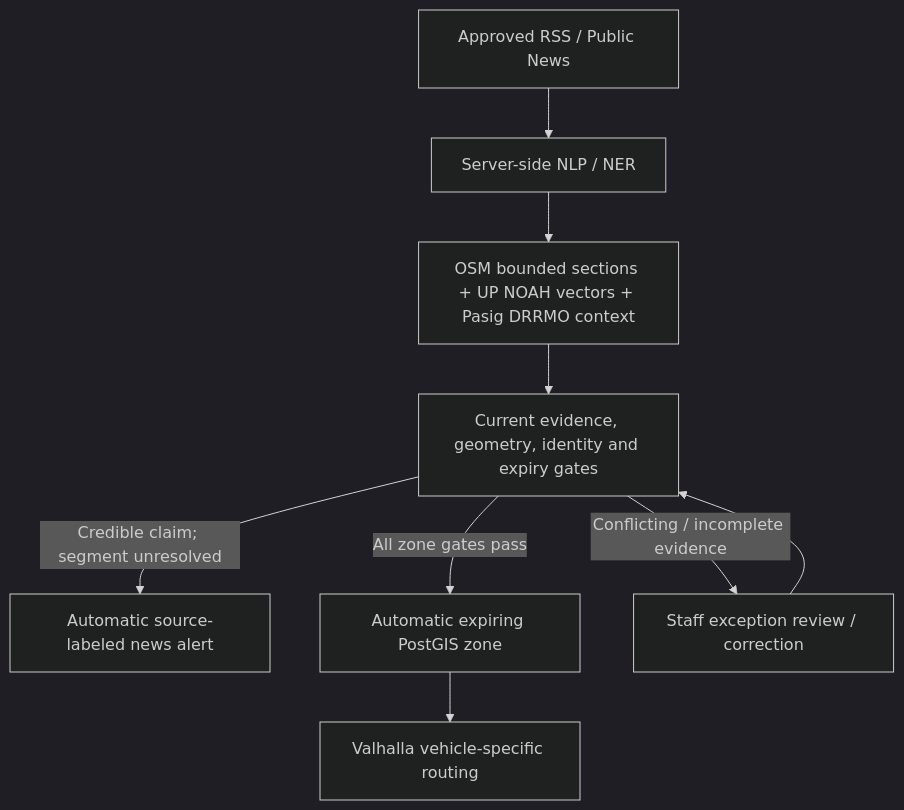
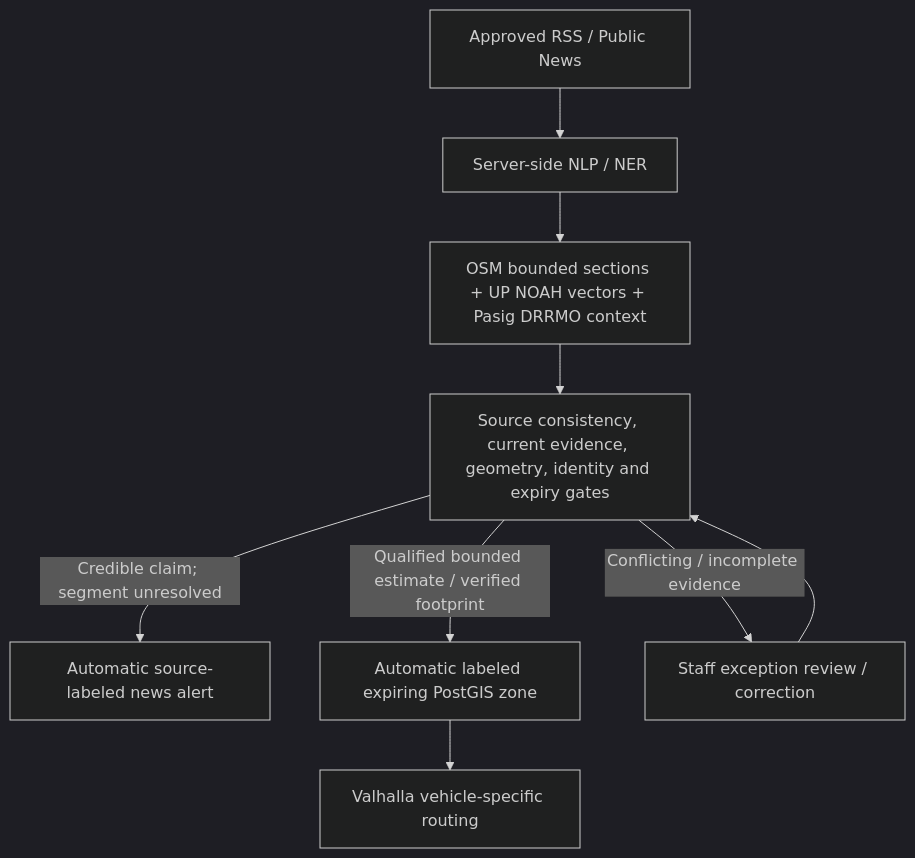
One commit to pu-roi/LANES changed the third of 3 diagrams in DESIGN.md. Above: the diagram before and after it, drawn with Mermaid (dark theme). The commit also changed other lines of this file and 43 other files, not shown here.

````diff
--- a/DESIGN.md
+++ b/DESIGN.md
@@ -100,11 +100,11 @@
 ```mermaid
 flowchart TD
     In[Approved RSS / Public News] --> NLP["Server-side NLP / NER"]
     NLP --> Placement["OSM bounded sections + UP NOAH vectors + Pasig DRRMO context"]
-    Placement --> Gates["Current evidence, geometry, identity and expiry gates"]
+    Placement --> Gates["Source consistency, current evidence, geometry, identity and expiry gates"]
     Gates -- "Credible claim; segment unresolved" --> Alert["Automatic source-labeled news alert"]
-    Gates -- "All zone gates pass" --> Zone["Automatic expiring PostGIS zone"]
+    Gates -- "Qualified bounded estimate / verified footprint" --> Zone["Automatic labeled expiring PostGIS zone"]
     Gates -- "Conflicting / incomplete evidence" --> Exceptions["Staff exception review / correction"]
     Exceptions --> Gates
     Zone --> Router["Valhalla vehicle-specific routing"]
 ```
````
